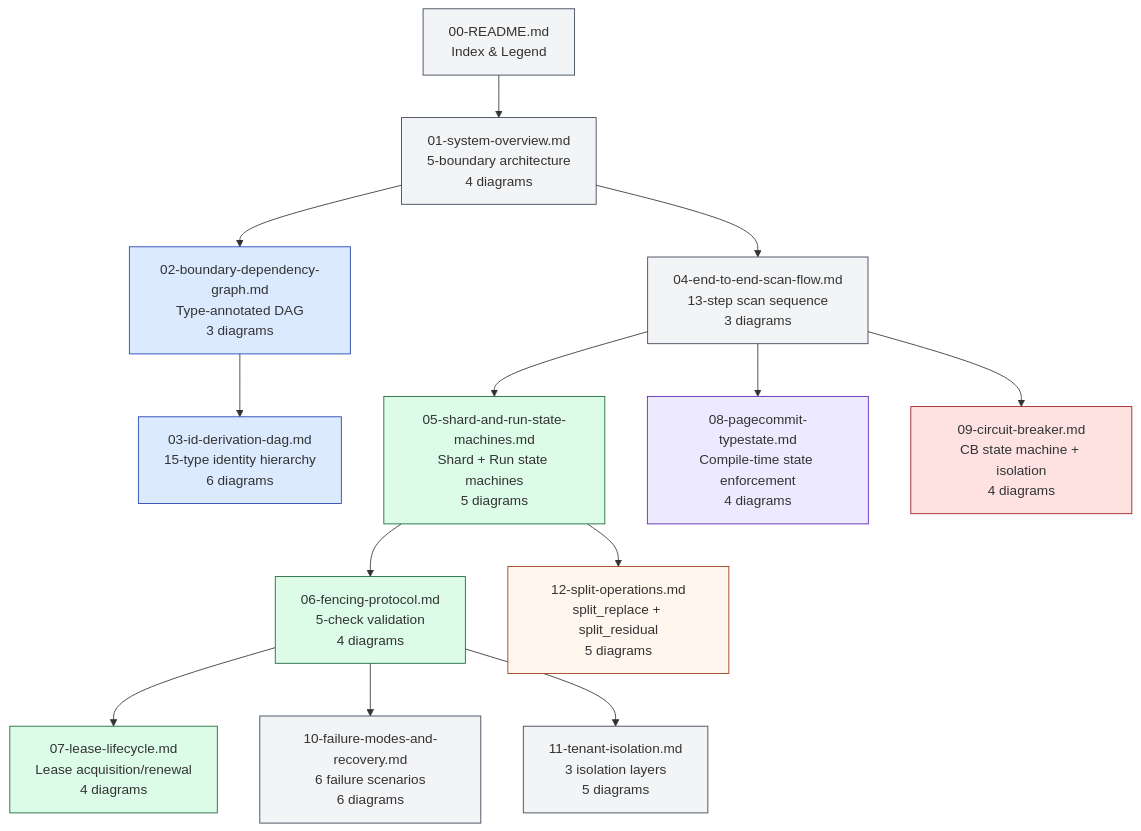
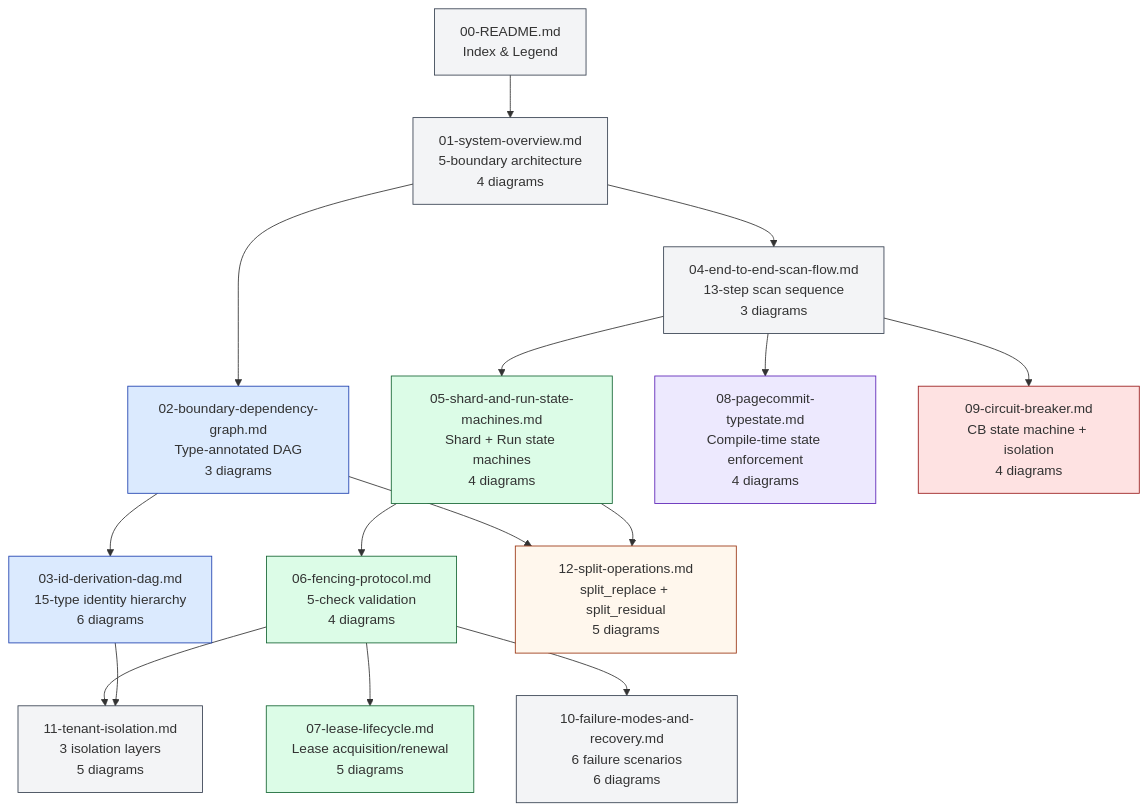
One commit to ahrav/Gossip-rs changed the diagram in diagrams/00-README.md. Above: the diagram before and after it, drawn with Mermaid. The commit also changed other lines of this file and 11 other files, not shown here.

````diff
--- a/diagrams/00-README.md
+++ b/diagrams/00-README.md
@@ -32,47 +32,49 @@
 ```mermaid
 %% Diagram: file-relationship-map
 graph TD
     R[00-README.md<br/>Index & Legend]
 
     SO[01-system-overview.md<br/>5-boundary architecture<br/>4 diagrams]
     BD[02-boundary-dependency-graph.md<br/>Type-annotated DAG<br/>3 diagrams]
     ID[03-id-derivation-dag.md<br/>15-type identity hierarchy<br/>6 diagrams]
     E2E[04-end-to-end-scan-flow.md<br/>13-step scan sequence<br/>3 diagrams]
 
-    SM[05-shard-and-run-state-machines.md<br/>Shard + Run state machines<br/>5 diagrams]
+    SM[05-shard-and-run-state-machines.md<br/>Shard + Run state machines<br/>4 diagrams]
     FP[06-fencing-protocol.md<br/>5-check validation<br/>4 diagrams]
-    LL[07-lease-lifecycle.md<br/>Lease acquisition/renewal<br/>4 diagrams]
+    LL[07-lease-lifecycle.md<br/>Lease acquisition/renewal<br/>5 diagrams]
     PC[08-pagecommit-typestate.md<br/>Compile-time state enforcement<br/>4 diagrams]
     CB[09-circuit-breaker.md<br/>CB state machine + isolation<br/>4 diagrams]
 
     FM[10-failure-modes-and-recovery.md<br/>6 failure scenarios<br/>6 diagrams]
     TI[11-tenant-isolation.md<br/>3 isolation layers<br/>5 diagrams]
     SP[12-split-operations.md<br/>split_replace + split_residual<br/>5 diagrams]
 
     R --> SO
     SO --> BD
     SO --> E2E
     BD --> ID
+    BD --> SP
     E2E --> SM
     SM --> FP
     FP --> LL
     E2E --> PC
     E2E --> CB
     SM --> SP
     FP --> FM
     FP --> TI
+    ID --> TI
 
     style R fill:#F3F4F6,stroke:#374151
     style SO fill:#F3F4F6,stroke:#374151
     style BD fill:#DBEAFE,stroke:#1E40AF
     style ID fill:#DBEAFE,stroke:#1E40AF
     style E2E fill:#F3F4F6,stroke:#374151
     style SM fill:#DCFCE7,stroke:#166534
     style FP fill:#DCFCE7,stroke:#166534
     style LL fill:#DCFCE7,stroke:#166534
     style PC fill:#EDE9FE,stroke:#5B21B6
     style CB fill:#FEE2E2,stroke:#991B1B
     style FM fill:#F3F4F6,stroke:#374151
     style TI fill:#F3F4F6,stroke:#374151
     style SP fill:#FFF7ED,stroke:#9A3412
 ```
````
